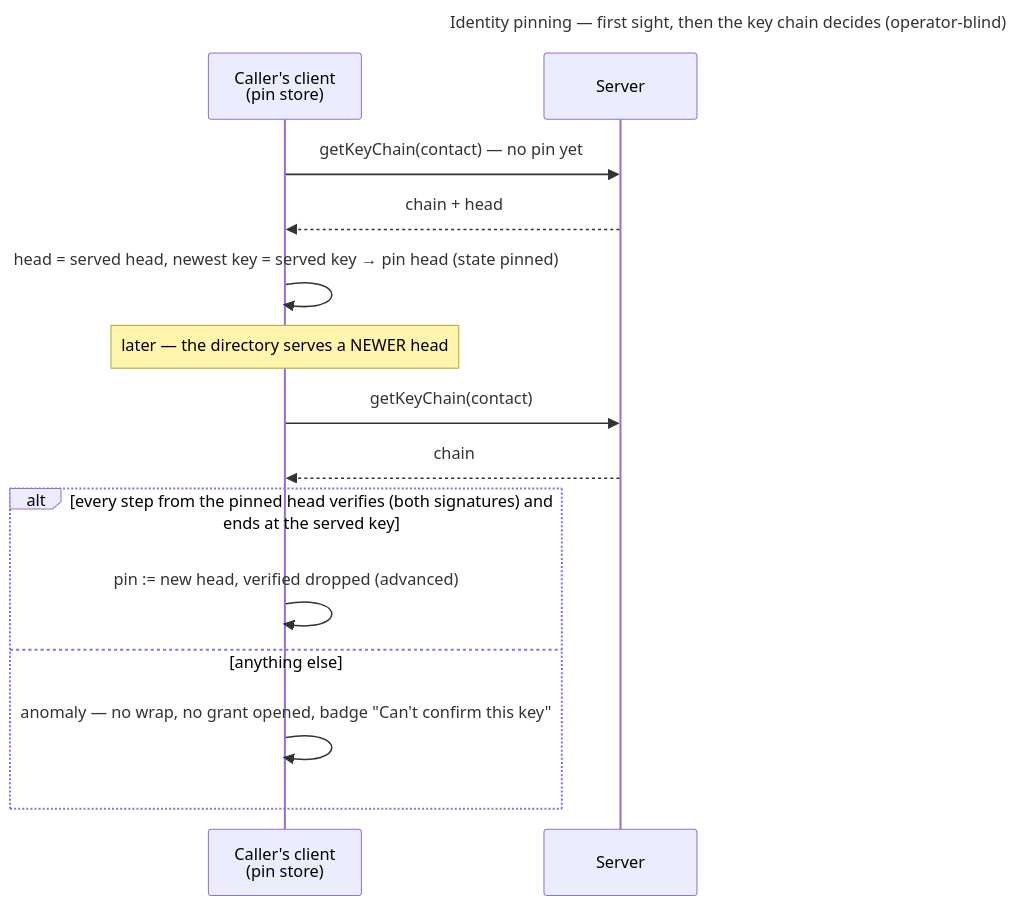
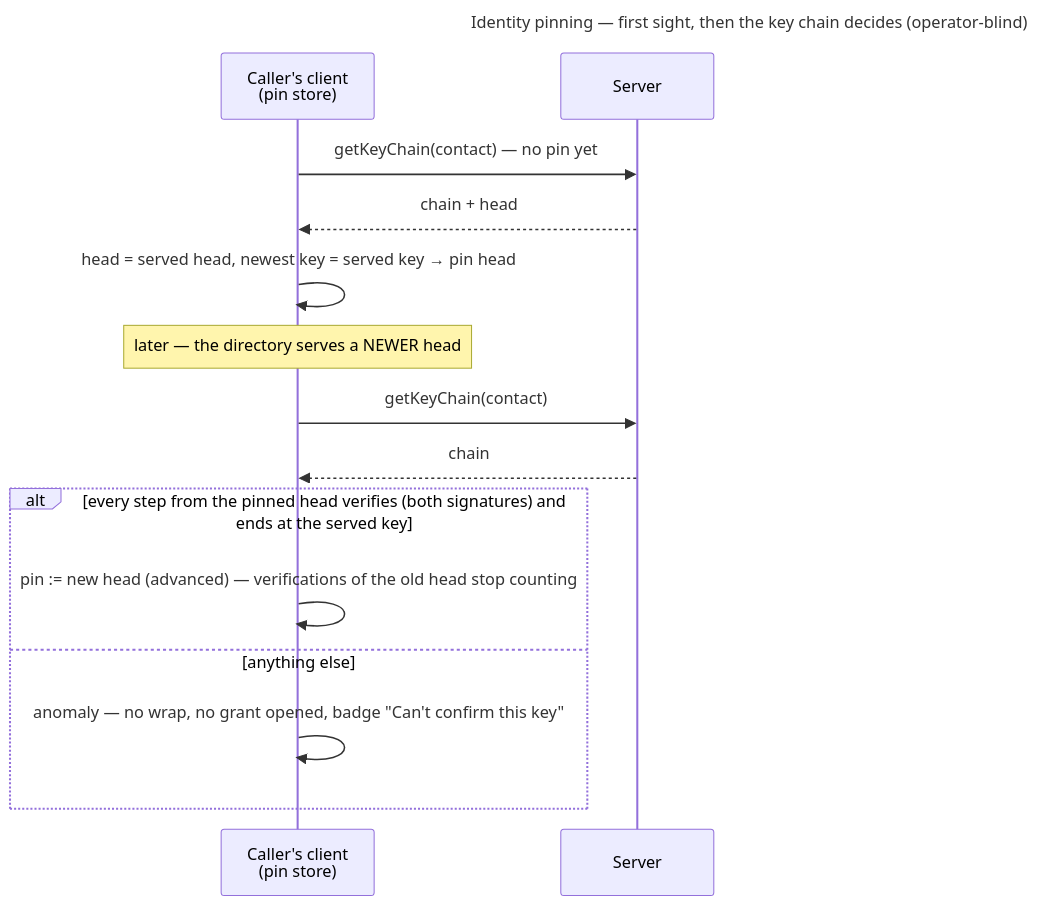
One commit to raddatzk/veyq changed the diagram in docs/features/spaces/use-cases/uc.spaces.verify-identity.md. Above: the diagram before and after it, drawn with Mermaid. The commit also changed other lines of this file and 37 other files, not shown here.

````diff
--- a/docs/features/spaces/use-cases/uc.spaces.verify-identity.md
+++ b/docs/features/spaces/use-cases/uc.spaces.verify-identity.md
@@ -46,19 +59,19 @@
 ```mermaid
 ---
 title: Identity pinning — first sight, then the key chain decides (operator-blind)
 ---
 sequenceDiagram
   participant CA as Caller's client<br>(pin store)
   participant S as Server
   CA->>S: getKeyChain(contact) — no pin yet
   S-->>CA: chain + head
-  CA->>CA: head = served head, newest key = served key → pin head (state pinned)
+  CA->>CA: head = served head, newest key = served key → pin head
   Note over CA: later — the directory serves a NEWER head
   CA->>S: getKeyChain(contact)
   S-->>CA: chain
   alt every step from the pinned head verifies (both signatures) and ends at the served key
-  CA->>CA: pin := new head, verified dropped (advanced)
+  CA->>CA: pin := new head (advanced) — verifications of the old head stop counting
   else anything else
   CA->>CA: anomaly — no wrap, no grant opened, badge "Can't confirm this key"
   end
 ```
````
